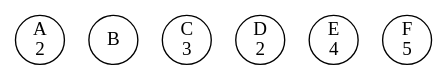
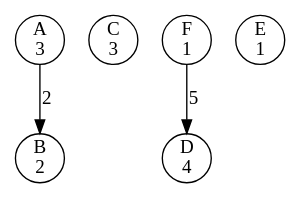
One commit to li23179/GO changed the diagram in concurrency-lab-2/bank/out/0000000009.gv. Above: the diagram before and after it, drawn with Graphviz. The commit also changed 24 other files, not shown here.

```diff
--- a/concurrency-lab-2/bank/out/0000000009.gv
+++ b/concurrency-lab-2/bank/out/0000000009.gv
@@ -1,8 +1,10 @@
 digraph bank {
-	 0 [label= "A\n2" , pos= "1,0!" , shape=circle, fixedsize=true, width=0.5 ]
-	 1 [label= "B\n" , pos= "0,1!" , shape=circle, fixedsize=true, width=0.5 ]
+	 0 [label= "A\n3" , pos= "1,0!" , shape=circle, fixedsize=true, width=0.5 ]
+	 1 [label= "B\n2" , pos= "0,1!" , shape=circle, fixedsize=true, width=0.5 ]
 	 2 [label= "C\n3" , pos= "1,2!" , shape=circle, fixedsize=true, width=0.5 ]
-	 3 [label= "D\n2" , pos= "2,2!" , shape=circle, fixedsize=true, width=0.5 ]
-	 4 [label= "E\n4" , pos= "3,1!" , shape=circle, fixedsize=true, width=0.5 ]
-	 5 [label= "F\n5" , pos= "2,0!" , shape=circle, fixedsize=true, width=0.5 ]
+	 3 [label= "D\n4" , pos= "2,2!" , shape=circle, fixedsize=true, width=0.5 ]
+	 4 [label= "E\n1" , pos= "3,1!" , shape=circle, fixedsize=true, width=0.5 ]
+	 5 [label= "F\n1" , pos= "2,0!" , shape=circle, fixedsize=true, width=0.5 ]
+	 "5" -> "3" [label= "5" ]
+	 "0" -> "1" [label= "2" ]
 }
```
